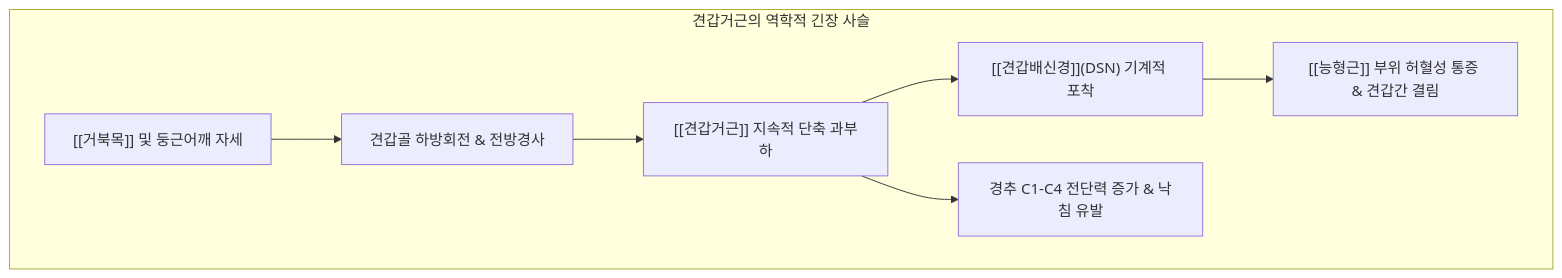
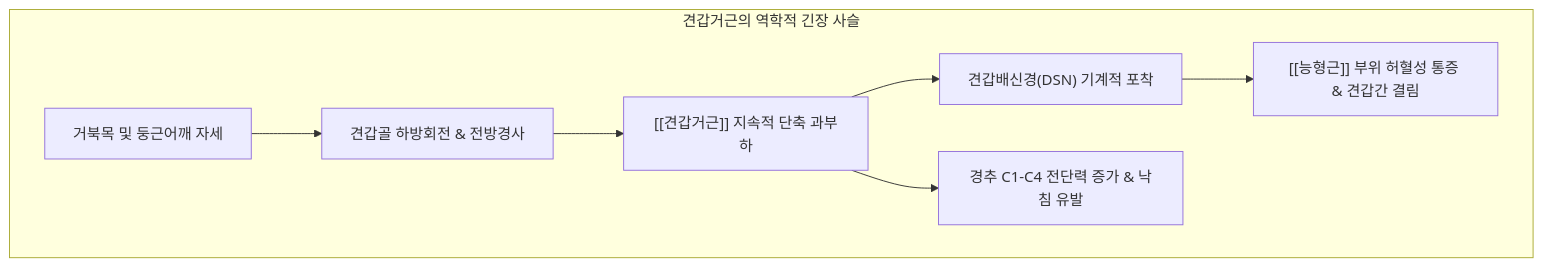
Before and after one commit to simbio11/simbio-digital-garden2: the diagram in content/1. 근골격계 공부/근육/(3) 어깨죽지/견갑거근.md, drawn with Mermaid. The commit also changed other lines of this file and 25 other files, not shown here.

````diff
--- a/content/1. 근골격계 공부/근육/(3) 어깨죽지/견갑거근.md
+++ b/content/1. 근골격계 공부/근육/(3) 어깨죽지/견갑거근.md
@@ -74,10 +56,10 @@
 ```mermaid
 flowchart TD
     subgraph LevatorBiomechanics [견갑거근의 역학적 긴장 사슬]
-        A["[[거북목]] 및 둥근어깨 자세"] --> B["견갑골 하방회전 & 전방경사"]
+        A["거북목 및 둥근어깨 자세"] --> B["견갑골 하방회전 & 전방경사"]
         B --> C["[[견갑거근]] 지속적 단축 과부하"]
-        C --> D["[[견갑배신경]](DSN) 기계적 포착"]
+        C --> D["견갑배신경(DSN) 기계적 포착"]
         D --> E["[[능형근]] 부위 허혈성 통증 & 견갑간 결림"]
         C --> F["경추 C1-C4 전단력 증가 & 낙침 유발"]
     end
 ```
````
